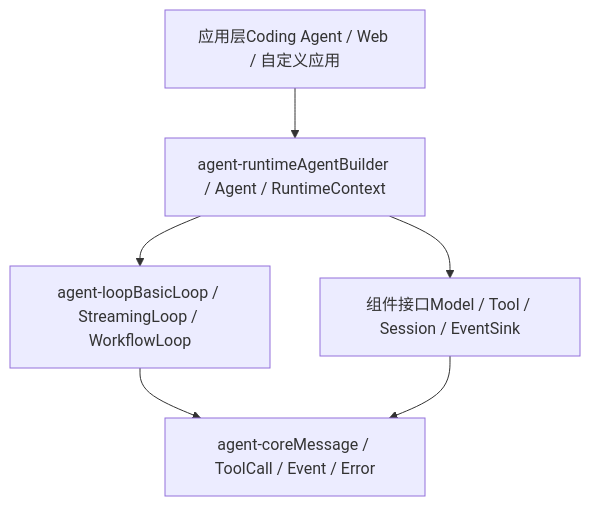
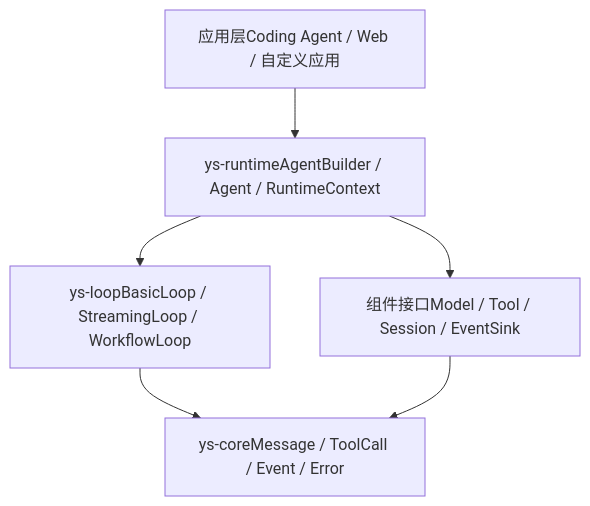
The second of 7 diagrams in docs/design.md (zsdfbb/YuShan), drawn with Mermaid before and after one commit. The commit also changed other lines of this file and 111 other files, not shown here.

````diff
--- a/docs/design.md
+++ b/docs/design.md
@@ -56,13 +56,13 @@
 ```mermaid
 flowchart TB
     APP[应用层Coding Agent / Web / 自定义应用]
-    RT[agent-runtimeAgentBuilder / Agent / RuntimeContext]
-    LOOP[agent-loopBasicLoop / StreamingLoop / WorkflowLoop]
+    RT[ys-runtimeAgentBuilder / Agent / RuntimeContext]
+    LOOP[ys-loopBasicLoop / StreamingLoop / WorkflowLoop]
     COMP[组件接口Model / Tool / Session / EventSink]
-    CORE[agent-coreMessage / ToolCall / Event / Error]
+    CORE[ys-coreMessage / ToolCall / Event / Error]
     APP --> RT
     RT --> LOOP
     RT --> COMP
     LOOP --> CORE
     COMP --> CORE
 ```
````
